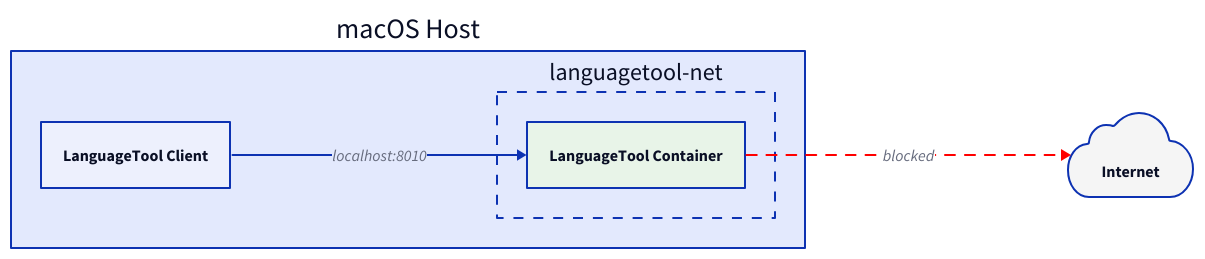
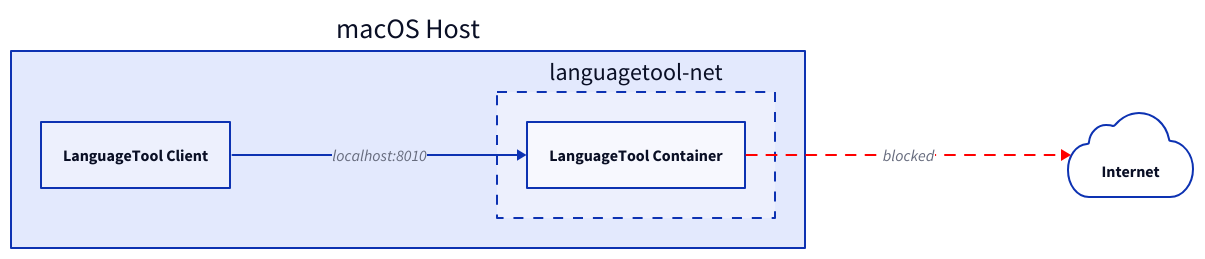
One commit to alc0der/languagetool changed the diagram in docs/architecture.d2. Above: the diagram before and after it, drawn with D2. The commit also changed 5 other files, not shown here.

Commit message:
refactor: remove cosmetic styling from D2 diagrams, add diagrams script

```diff
--- a/docs/architecture.d2
+++ b/docs/architecture.d2
@@ -1,29 +1,22 @@
 direction: right
 
 host: macOS Host {
-  client: LanguageTool Client {
-    shape: rectangle
-  }
+  client: LanguageTool Client
 
   net: languagetool-net {
     style.stroke-dash: 5
-    style.fill: transparent
 
-    container: LanguageTool Container {
-      shape: rectangle
-      style.fill: "#e8f4e8"
-    }
+    container: LanguageTool Container
   }
 
   client -> net.container: "localhost:8010"
 }
 
 internet: Internet {
   shape: cloud
-  style.fill: "#f5f5f5"
 }
 
 host.net.container -> internet: blocked {
   style.stroke: red
   style.stroke-dash: 5
 }
```
